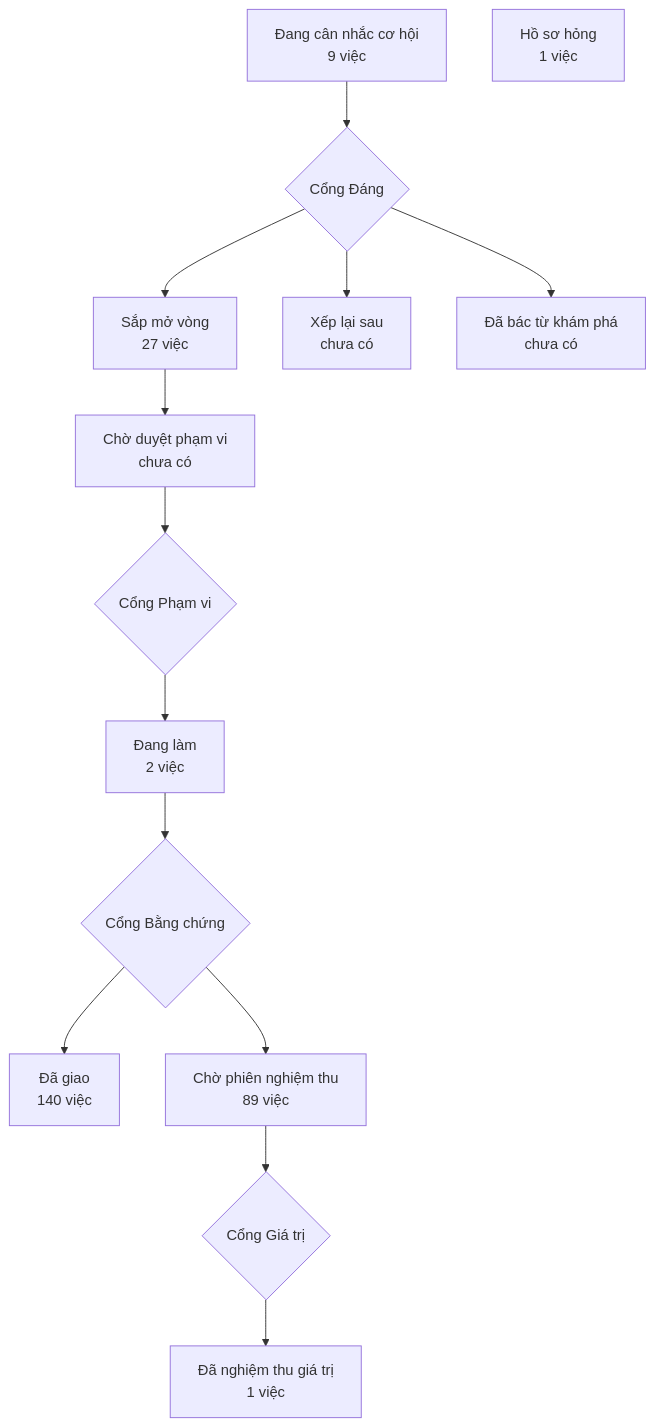
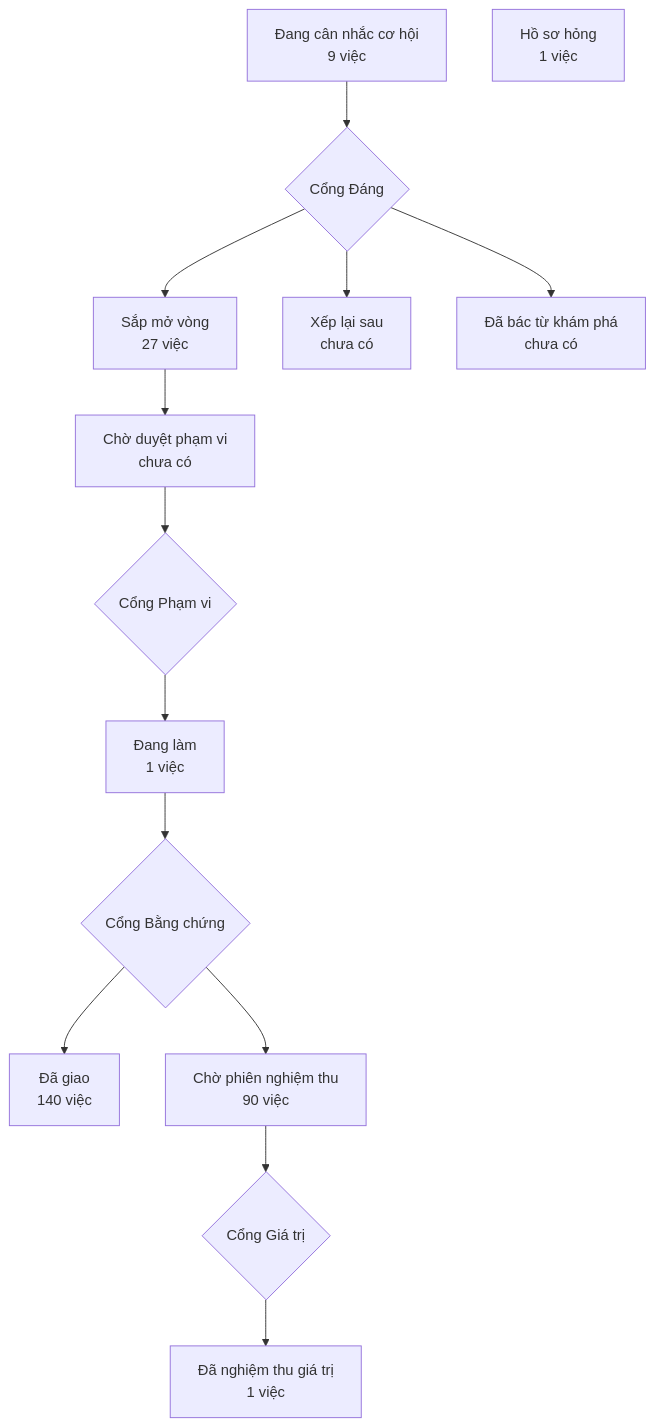
The diagram in PRODUCT-MAP.md (phanlemanh/crm-onehub), drawn with Mermaid before and after one commit. The commit also changed 1 other file, not shown here.

Commit message:
chore: vẽ lại bản đồ sản phẩm trên cây sạch sau chữ ký Cổng Bằng chứng của mo-lai-khong-tra-viec-chi-okr

````diff
--- a/PRODUCT-MAP.md
+++ b/PRODUCT-MAP.md
@@ -7,13 +7,13 @@
 ```mermaid
 flowchart TD
   A["Đang cân nhắc cơ hội<br/>9 việc"] --> GD{"Cổng Đáng"}
   GD --> B["Sắp mở vòng<br/>27 việc"]
   GD --> XL["Xếp lại sau<br/>chưa có"]
   GD --> DB["Đã bác từ khám phá<br/>chưa có"]
   B --> CD["Chờ duyệt phạm vi<br/>chưa có"] --> GP{"Cổng Phạm vi"}
-  GP --> DL["Đang làm<br/>2 việc"] --> GB{"Cổng Bằng chứng"}
+  GP --> DL["Đang làm<br/>1 việc"] --> GB{"Cổng Bằng chứng"}
   GB --> DG["Đã giao<br/>140 việc"]
-  GB --> CN["Chờ phiên nghiệm thu<br/>89 việc"] --> GG{"Cổng Giá trị"}
+  GB --> CN["Chờ phiên nghiệm thu<br/>90 việc"] --> GG{"Cổng Giá trị"}
   GG --> NT["Đã nghiệm thu giá trị<br/>1 việc"]
   HS["Hồ sơ hỏng<br/>1 việc"]
 ```
````
